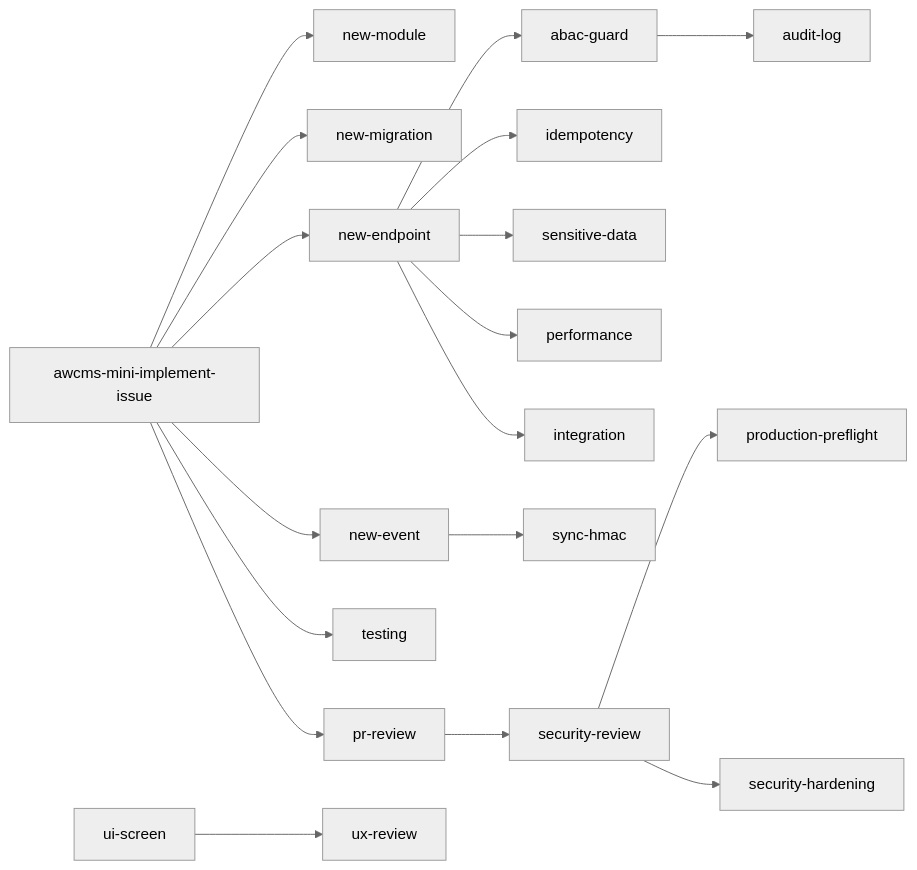
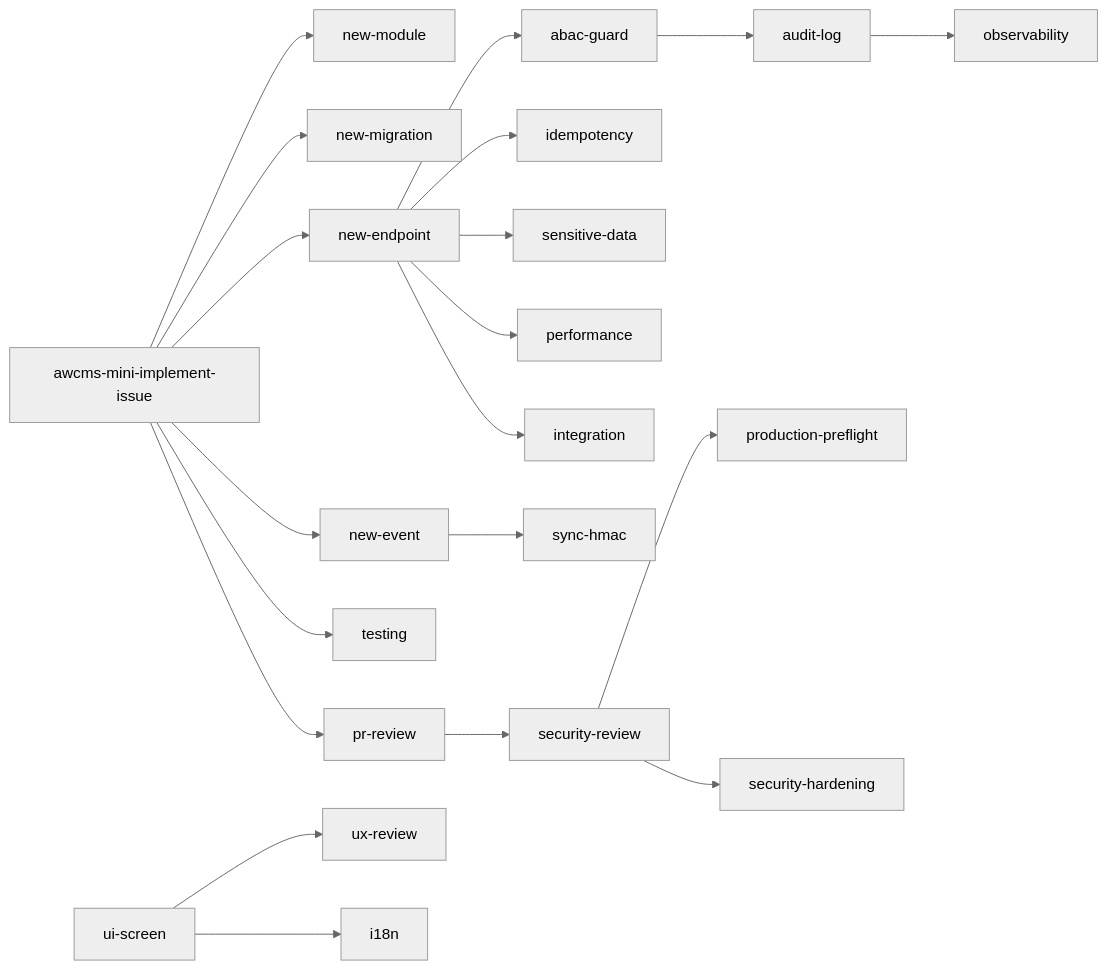
Before and after one commit to ahliweb/awcms-mini: the third of 5 diagrams in AGENTS.md, drawn with Mermaid (neutral theme). The commit also changed other lines of this file and 11 other files, not shown here.

````diff
--- a/AGENTS.md
+++ b/AGENTS.md
@@ -123,18 +125,20 @@
 ```mermaid
 flowchart LR
   II[awcms-mini-implement-issue] --> NM[new-module]
   II --> MIG[new-migration]
   II --> EP[new-endpoint]
   II --> EV[new-event]
   II --> TST[testing]
   EP --> ABAC[abac-guard]
   EP --> IDEM[idempotency]
   ABAC --> AUD[audit-log]
+  AUD --> OBS[observability]
   EP --> SD[sensitive-data]
   EV --> SYNC[sync-hmac]
   II --> PR[pr-review] --> SEC[security-review] --> PF[production-preflight]
   UI2[ui-screen] --> UXR[ux-review]
+  UI2 --> I18N[i18n]
   EP --> PERF[performance]
   EP --> INT[integration]
   SEC --> HARD[security-hardening]
 ```
````
